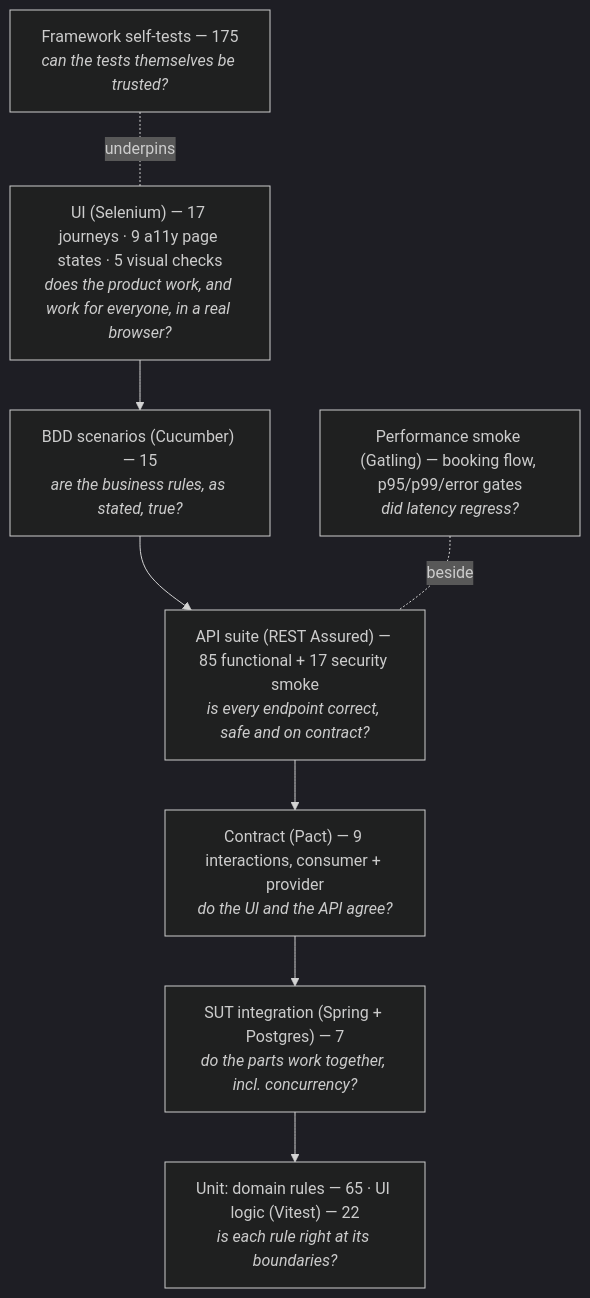
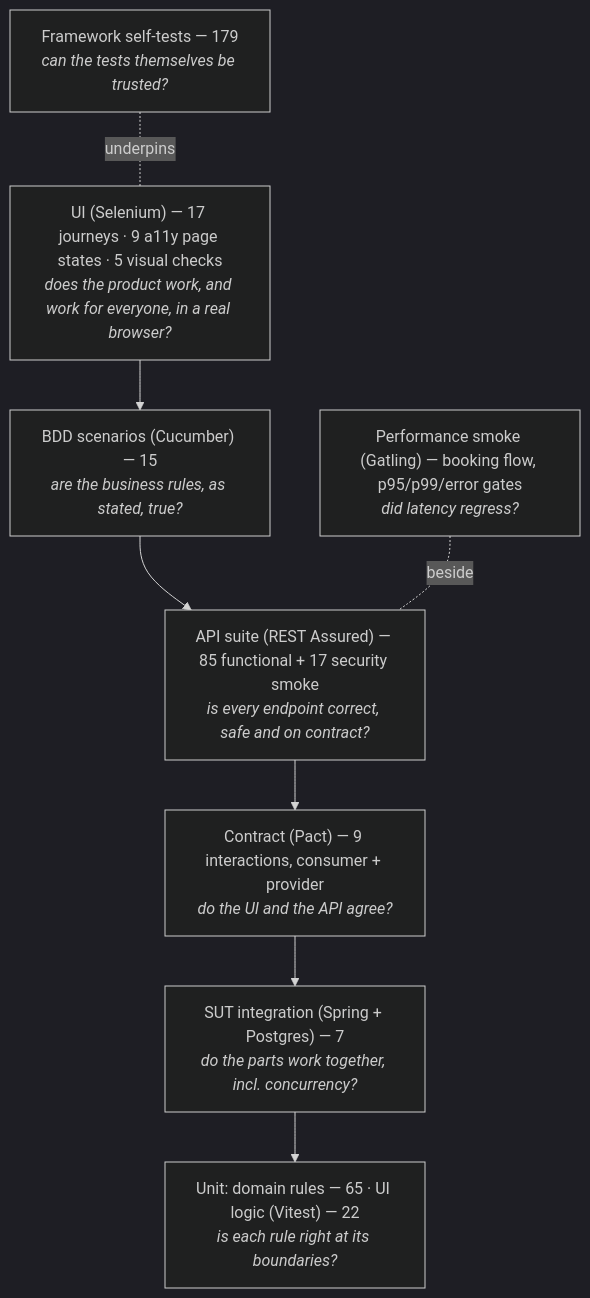
Before and after one commit to RaktimChandra/TestHarness: the diagram in TEST_STRATEGY.md, drawn with Mermaid (dark theme). The commit also changed 2 other files, not shown here.

Commit message:
docs(results): final Phase 2 numbers — 402 JVM tests in 5 min 16 s, second Grid run, final CI run
Claude-Session: https://claude.ai/code/session_01RVNx9hVnzAykPMGggeDgZ6

````diff
--- a/TEST_STRATEGY.md
+++ b/TEST_STRATEGY.md
@@ -8,14 +8,14 @@
 ```mermaid
 flowchart TB
   A["UI (Selenium) — 17 journeys · 9 a11y page states · 5 visual checks<br/><i>does the product work, and work for everyone, in a real browser?</i>"]
   B["BDD scenarios (Cucumber) — 15<br/><i>are the business rules, as stated, true?</i>"]
   C["API suite (REST Assured) — 85 functional + 17 security smoke<br/><i>is every endpoint correct, safe and on contract?</i>"]
   P["Contract (Pact) — 9 interactions, consumer + provider<br/><i>do the UI and the API agree?</i>"]
   D["SUT integration (Spring + Postgres) — 7<br/><i>do the parts work together, incl. concurrency?</i>"]
   E["Unit: domain rules — 65 · UI logic (Vitest) — 22<br/><i>is each rule right at its boundaries?</i>"]
-  F["Framework self-tests — 175<br/><i>can the tests themselves be trusted?</i>"]
+  F["Framework self-tests — 179<br/><i>can the tests themselves be trusted?</i>"]
   G["Performance smoke (Gatling) — booking flow, p95/p99/error gates<br/><i>did latency regress?</i>"]
   A --> B --> C --> P --> D --> E
   F -.underpins.- A
   G -.beside.- C
 ```
````
